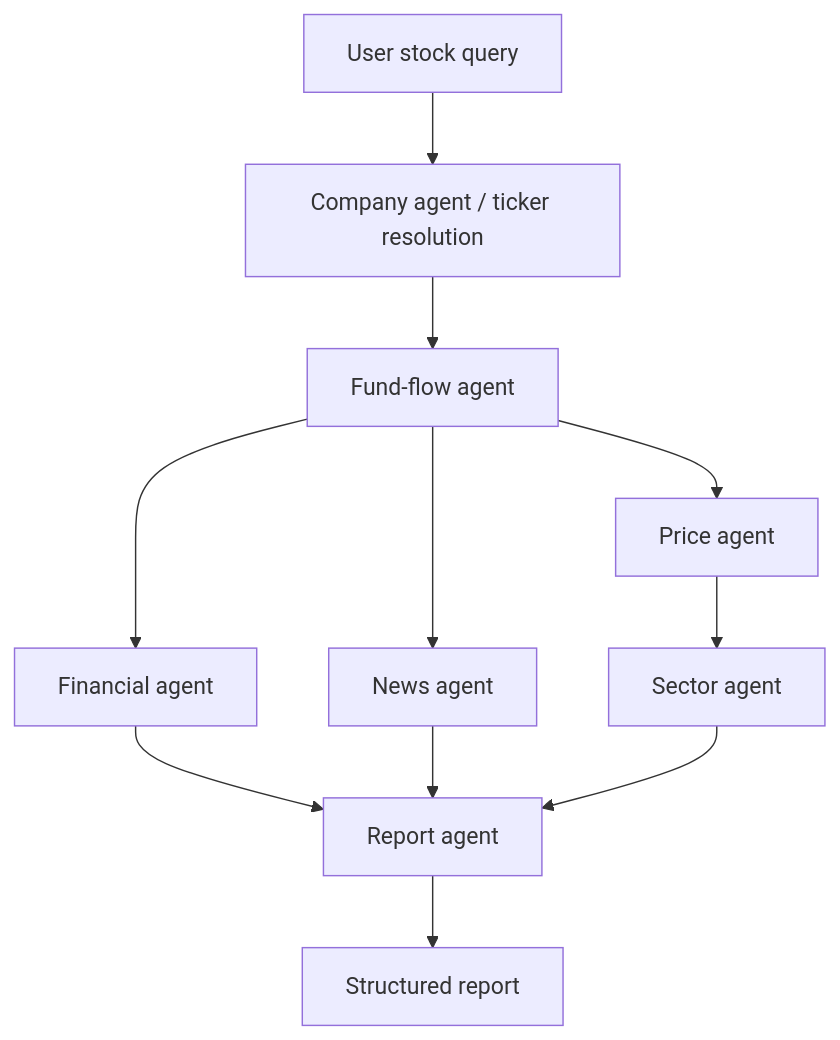
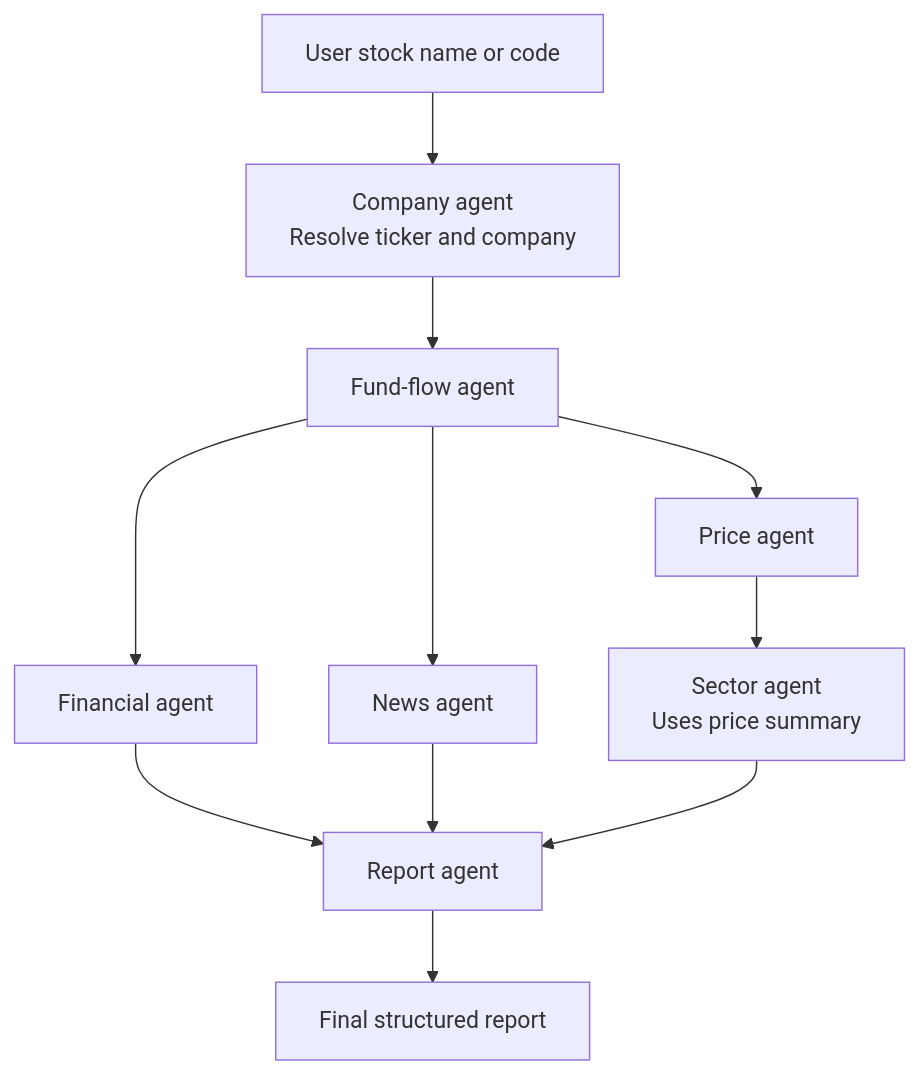
One commit to Barrygyx/multi-agent-equity-research changed the first of 2 diagrams in README.md. Above: the diagram before and after it, drawn with Mermaid. The commit also changed other lines of this file and 3 other files, not shown here.

````diff
--- a/README.md
+++ b/README.md
@@ -47,13 +84,13 @@
 ```mermaid
 flowchart TD
-    U[User stock query] --> C[Company agent / ticker resolution]
-    C --> F[Fund-flow agent]
-    F --> FIN[Financial agent]
-    F --> P[Price agent]
-    F --> N[News agent]
-    P --> S[Sector agent]
-    FIN --> R[Report agent]
-    N --> R
-    S --> R
-    R --> O[Structured report]
+    A[User stock name or code] --> B[Company agent<br/>Resolve ticker and company]
+    B --> C[Fund-flow agent]
+    C --> D[Financial agent]
+    C --> E[Price agent]
+    C --> F[News agent]
+    E --> G[Sector agent<br/>Uses price summary]
+    D --> H[Report agent]
+    F --> H
+    G --> H
+    H --> I[Final structured report]
 ```
````
